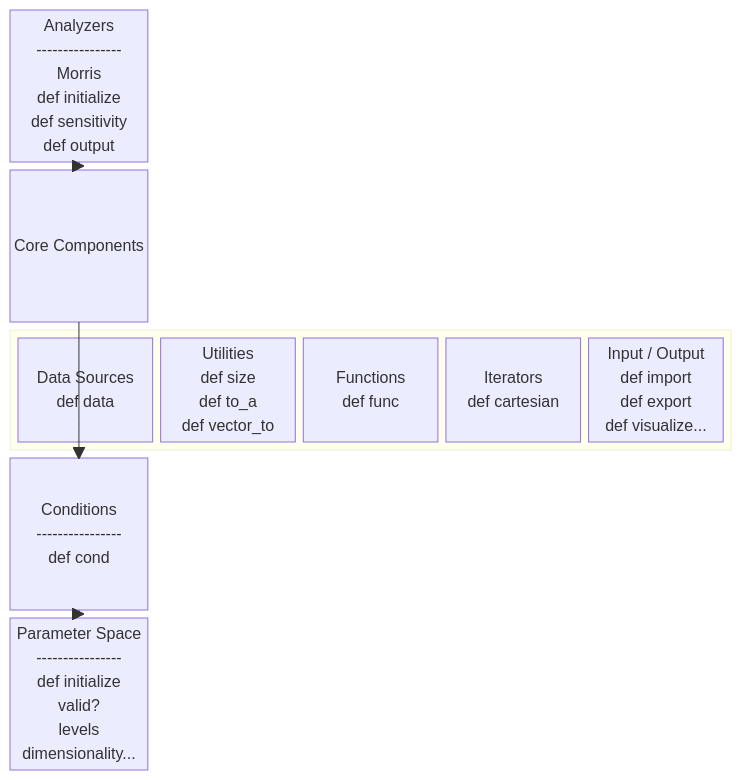
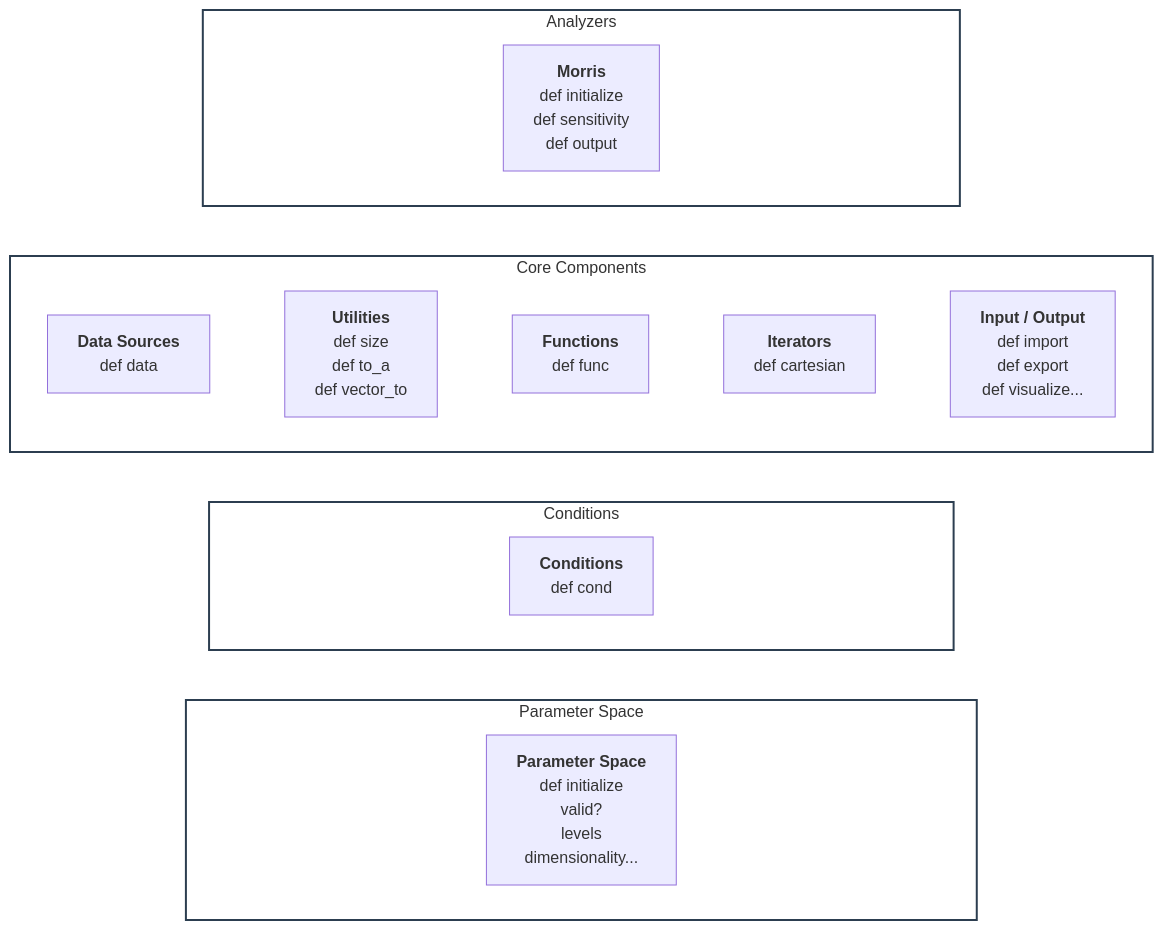
Before and after one commit to Yuri-Rassokhin/flex-cartesian: the diagram in docs/api/api.md, drawn with Mermaid. The commit also changed other lines of this file, not shown here.

Commit message:
updated: API documentation

````diff
--- a/docs/api/api.md
+++ b/docs/api/api.md
@@ -1,44 +1,31 @@
 ```Mermaid
-block-beta
-  columns 1
+flowchart TB
+    classDef layer fill:#ffffff,stroke:#2c3e50,stroke-width:2px;
+    classDef ghost fill:transparent,stroke:transparent,color:transparent;
 
-  A["Analyzers
-  ----------------
-  Morris
-  def initialize
-  def sensitivity
-  def output"]
+    subgraph Analyzers ["Analyzers"]
+        direction LR
+        gA1["xxxxxxxxxxxxxxxx"]:::ghost ~~~ M["<b>Morris</b><br/>def initialize<br/>def sensitivity<br/>def output"] ~~~ gA2["xxxxxxxxxxxxxxxx"]:::ghost
+    end
 
-  B["Core Components"]
-  block:C:5
-    DS["Data Sources
-    def data"]
-    UT["Utilities
-    def size
-    def to_a
-    def vector_to"]
-    FN["Functions
-    def func"]
-    IT["Iterators
-    def cartesian"]
-    IO["Input / Output
-    def import
-    def export
-    def visualize..."]
-  end
+    subgraph Core ["Core Components"]
+        direction LR
+        DS["<b>Data Sources</b><br/>def data"] ~~~ UT["<b>Utilities</b><br/>def size<br/>def to_a<br/>def vector_to"] ~~~ FN["<b>Functions</b><br/>def func"] ~~~ IT["<b>Iterators</b><br/>def cartesian"] ~~~ IO["<b>Input / Output</b><br/>def import<br/>def export<br/>def visualize..."]
+    end
 
-  D["Conditions
-  ----------------
-  def cond"]
+    subgraph Cond ["Conditions"]
+        direction LR
+        gC1["xxxxxxxxxxxxxxxx"]:::ghost ~~~ C["<b>Conditions</b><br/>def cond"] ~~~ gC2["xxxxxxxxxxxxxxxx"]:::ghost
+    end
 
-  E["Parameter Space
-  ----------------
-  def initialize
-  valid?
-  levels
-  dimensionality..."]
+    subgraph Params ["Parameter Space"]
+        direction LR
+        gP1["xxxxxxxxxxxxxxxx"]:::ghost ~~~ PS["<b>Parameter Space</b><br/>def initialize<br/>valid?<br/>levels<br/>dimensionality..."] ~~~ gP2["xxxxxxxxxxxxxxxx"]:::ghost
+    end
 
-  A --> B
-  B --> D
-  D --> E
+    Analyzers ~~~ Core
+    Core ~~~ Cond
+    Cond ~~~ Params
+
+    class Analyzers,Core,Cond,Params layer;
 ```
````
